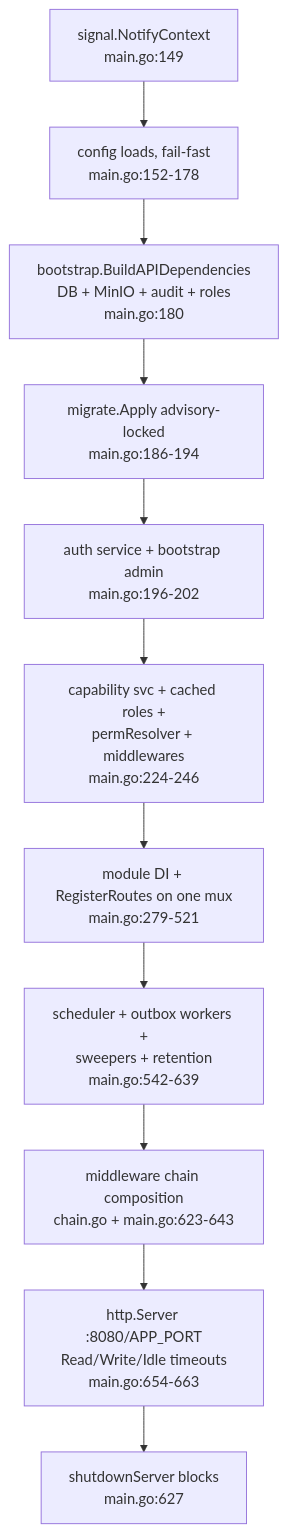
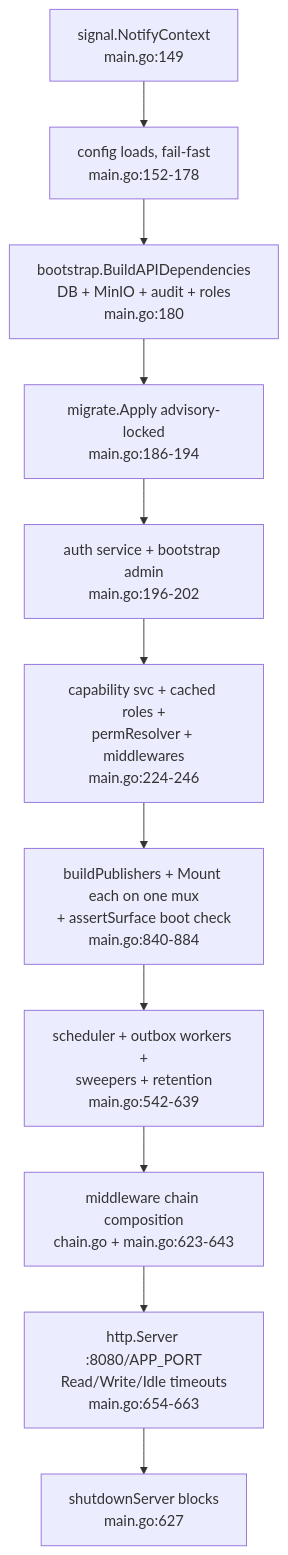
Before and after one commit to developmentconexus-ops/MetalDocs: the first of 4 diagrams in wiki/backend/http-kernel.md, drawn with Mermaid. The commit also changed other lines of this file and 5 other files, not shown here.

````diff
--- a/wiki/backend/http-kernel.md
+++ b/wiki/backend/http-kernel.md
@@ -89,13 +102,13 @@
 ```mermaid
 flowchart TD
     SIG[signal.NotifyContext<br/>main.go:149] --> CFG[config loads, fail-fast<br/>main.go:152-178]
     CFG --> DEPS[bootstrap.BuildAPIDependencies<br/>DB + MinIO + audit + roles<br/>main.go:180]
     DEPS --> MIG[migrate.Apply advisory-locked<br/>main.go:186-194]
     MIG --> AUTH[auth service + bootstrap admin<br/>main.go:196-202]
     AUTH --> AUTHZ[capability svc + cached roles +<br/>permResolver + middlewares<br/>main.go:224-246]
-    AUTHZ --> MOUNT[module DI + RegisterRoutes on one mux<br/>main.go:279-521]
+    AUTHZ --> MOUNT[buildPublishers + Mount each on one mux<br/>+ assertSurface boot check<br/>main.go:840-884]
     MOUNT --> BG[scheduler + outbox workers +<br/>sweepers + retention<br/>main.go:542-639]
     BG --> CHAIN[middleware chain composition<br/>chain.go + main.go:623-643]
     CHAIN --> SRV[http.Server :8080/APP_PORT<br/>Read/Write/Idle timeouts<br/>main.go:654-663]
     SRV --> SHUT[shutdownServer blocks<br/>main.go:627]
 ```
````
